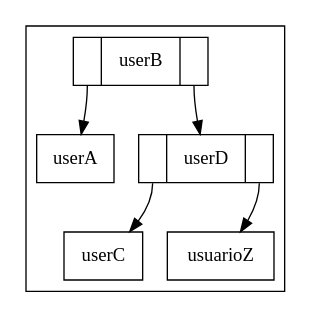
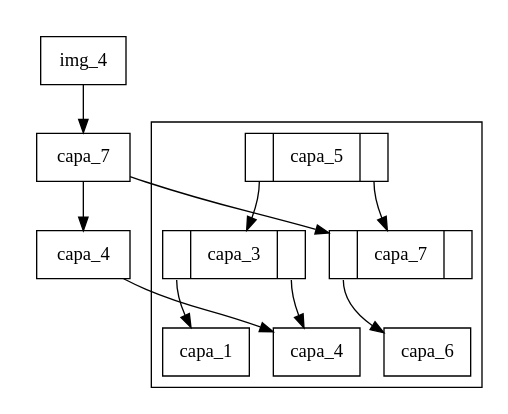
One commit to Chejohrpp/Proyecto1-EstructuraDatos changed the diagram in img/dibujable.dot. Above: the diagram before and after it, drawn with Graphviz. The commit also changed 9 other files, not shown here.

```diff
--- a/img/dibujable.dot
+++ b/img/dibujable.dot
@@ -1,13 +1,29 @@
-digraph g{ subgraph cluster_arbol_users{
+digraph g{ compound=true;
+subgraph cluster_img_4{
+style=filled;
+style=filled;
+color=white;
+node [shape=box,color=black];
+img_4img_4[label="img_4 "];
+img_4img_4->img_4capa_7;
+img_4capa_7->img_4capa_4;
+img_4capa_7[label="capa_7 "];
+img_4capa_4[label="capa_4 "];
+}
+subgraph cluster_arbol_capas{
 rankdir=TB;
 node[shape = record, style=filled, fillcolor=white];
-usersuserB:C0->usersuserA;
-usersuserA[label="userA"];
-usersuserB:C1->usersuserD;
-usersuserD:C0->usersuserC;
-usersuserC[label="userC"];
-usersuserD:C1->usersusuarioZ;
-usersusuarioZ[label="usuarioZ"];
-usersuserD[ label ="<C0>|userD|<C1>"];
-usersuserB[ label ="<C0>|userB|<C1>"];
-} }
+capascapa_5:C0->capascapa_3;
+capascapa_3:C0->capascapa_1;
+capascapa_1[label="capa_1"];
+capascapa_3:C1->capascapa_4;
+capascapa_4[label="capa_4"];
+capascapa_3[ label ="<C0>|capa_3|<C1>"];
+capascapa_5:C1->capascapa_7;
+capascapa_7:C0->capascapa_6;
+capascapa_6[label="capa_6"];
+capascapa_7[ label ="<C0>|capa_7|<C1>"];
+capascapa_5[ label ="<C0>|capa_5|<C1>"];
+}img_4capa_7->capascapa_7;
+img_4capa_4->capascapa_4;
+ }
```
